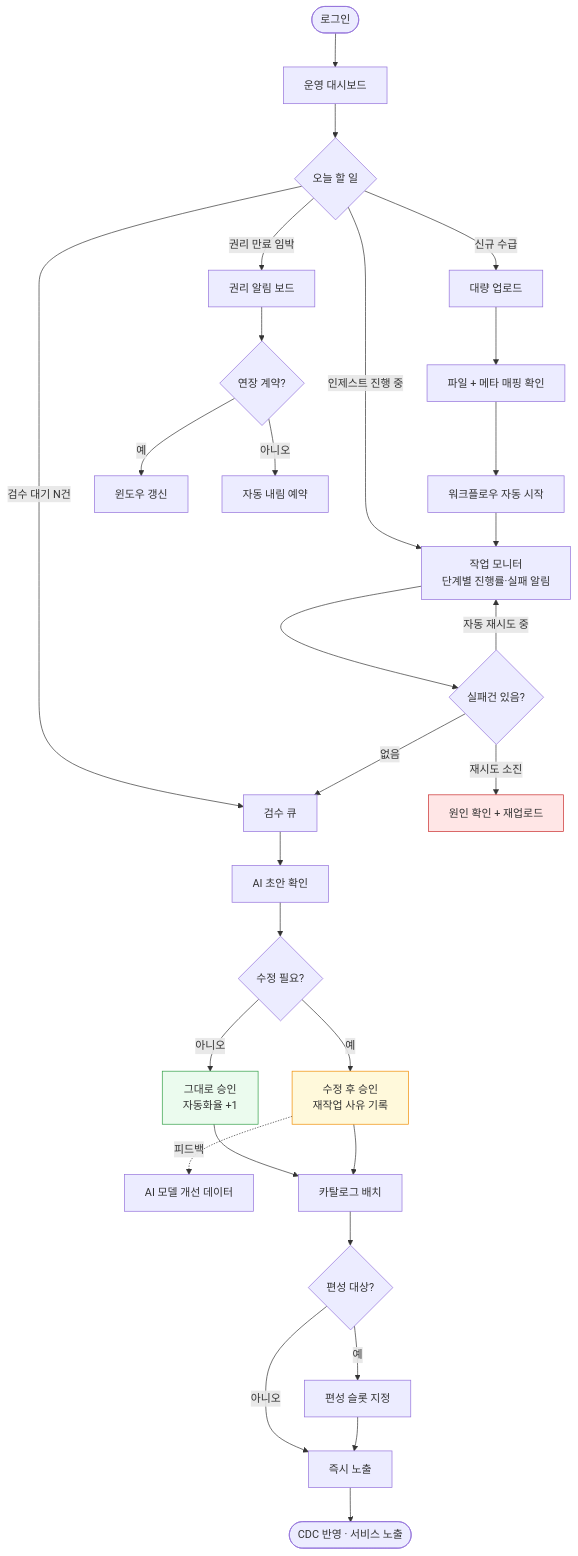
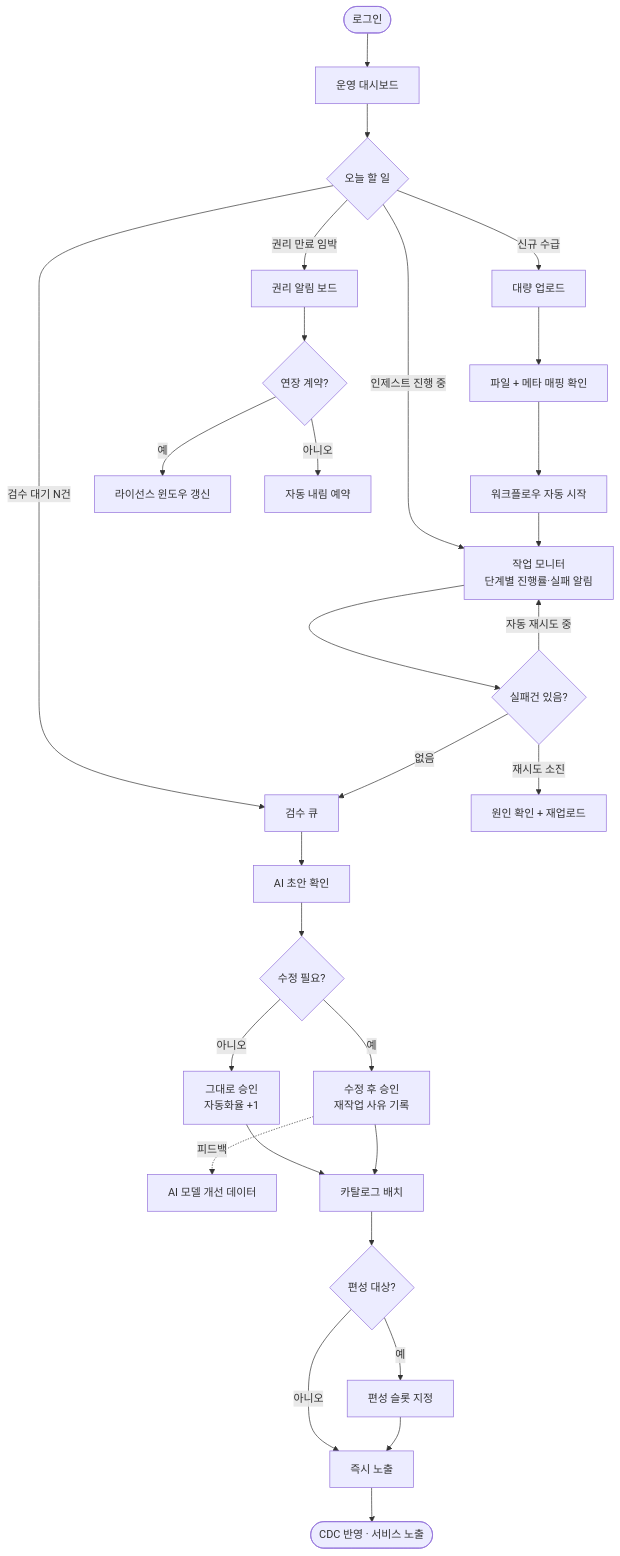
Diagram 12 of 20 in pages/product-lead-loadmap/01_CMS.md (withwooyong/withwooyong.github.io), drawn with Mermaid before and after one commit. The commit also changed other lines of this file and 16 other files, not shown here.

````diff
--- a/pages/product-lead-loadmap/01_CMS.md
+++ b/pages/product-lead-loadmap/01_CMS.md
@@ -896,41 +844,37 @@
 ```mermaid
 flowchart TD
     START(["로그인"]) --> DASH["운영 대시보드"]
 
     DASH --> Q1{"오늘 할 일"}
     Q1 -->|"인제스트 진행 중"| J1["작업 모니터<br/>단계별 진행률·실패 알림"]
     Q1 -->|"검수 대기 N건"| R1["검수 큐"]
     Q1 -->|"권리 만료 임박"| W1["권리 알림 보드"]
     Q1 -->|"신규 수급"| I1["대량 업로드"]
 
     I1 --> I2["파일 + 메타 매핑 확인"]
     I2 --> I3["워크플로우 자동 시작"]
     I3 --> J1
 
     J1 --> J2{"실패건 있음?"}
     J2 -->|"자동 재시도 중"| J1
     J2 -->|"재시도 소진"| J3["원인 확인 + 재업로드"]
     J2 -->|"없음"| R1
 
     R1 --> R2["AI 초안 확인"]
     R2 --> R3{"수정 필요?"}
     R3 -->|"아니오"| R4["그대로 승인<br/>자동화율 +1"]
     R3 -->|"예"| R5["수정 후 승인<br/>재작업 사유 기록"]
     R5 -.피드백.-> AIM["AI 모델 개선 데이터"]
 
     R4 --> P1["카탈로그 배치"]
     R5 --> P1
     P1 --> P2{"편성 대상?"}
     P2 -->|"예"| P3["편성 슬롯 지정"]
     P2 -->|"아니오"| P4["즉시 노출"]
     P3 --> P4
     P4 --> END(["CDC 반영 · 서비스 노출"])
 
     W1 --> W2{"연장 계약?"}
-    W2 -->|"예"| W3["윈도우 갱신"]
+    W2 -->|"예"| W3["라이선스 윈도우 갱신"]
     W2 -->|"아니오"| W4["자동 내림 예약"]
-
-    style R4 fill:#ebfbee,stroke:#2f9e44
-    style R5 fill:#fff9db,stroke:#f08c00
-    style J3 fill:#ffe6e6,stroke:#c92a2a
 ```
````
